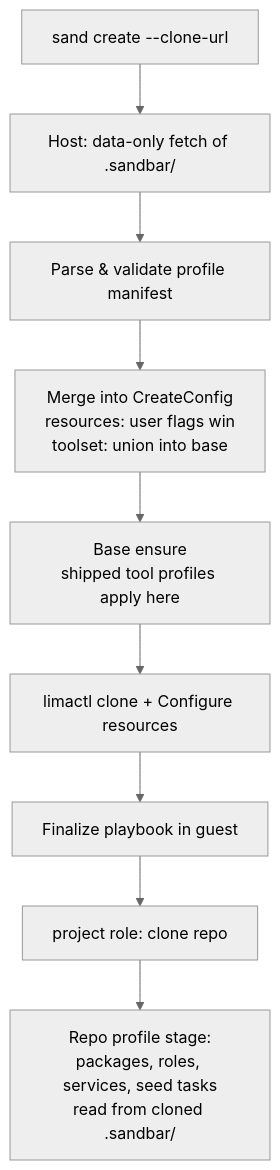
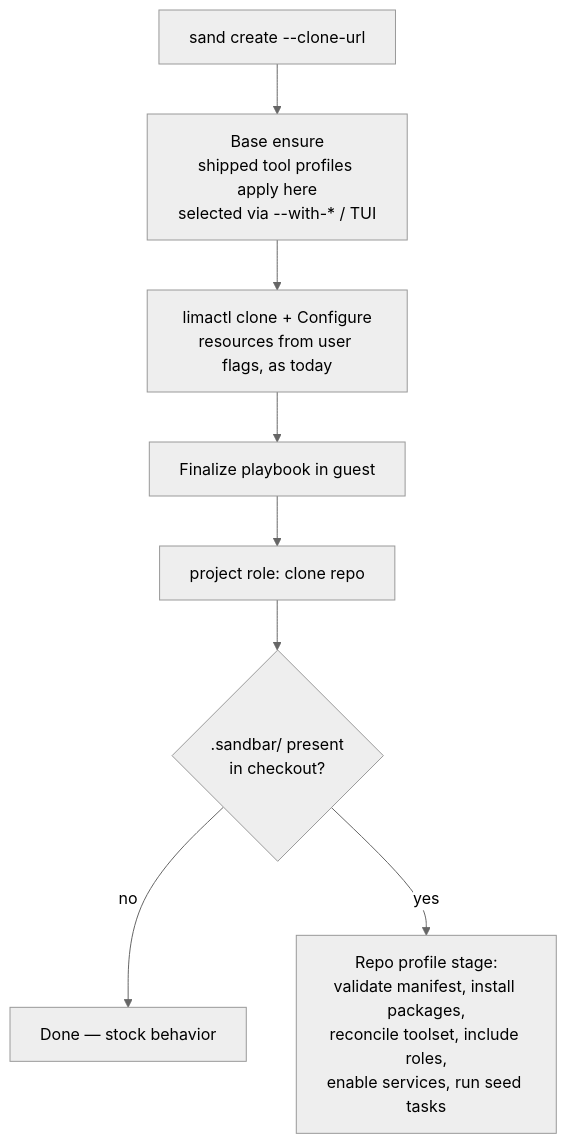
One commit to Lullabot/sandbar changed the diagram in .ai/strikethroo/plans/17--repo-checked-in-provisioning-profiles/plan-17--repo-checked-in-provisioning-profiles.md. Above: the diagram before and after it, drawn with Mermaid (neutral theme). The commit also changed other lines of this file, not shown here.

First line of the commit message:
docs(strikethroo): refine plan 17 — drop resources & host-side fetch, guest-only profiles

````diff
--- a/.ai/strikethroo/plans/17--repo-checked-in-provisioning-profiles/plan-17--repo-checked-in-provisioning-profiles.md
+++ b/.ai/strikethroo/plans/17--repo-checked-in-provisioning-profiles/plan-17--repo-checked-in-provisioning-profiles.md
@@ -60,11 +62,10 @@
 ```mermaid
 flowchart TD
-    A[sand create --clone-url] --> B[Host: data-only fetch of .sandbar/]
-    B --> C[Parse & validate profile manifest]
-    C --> D[Merge into CreateConfig<br/>resources: user flags win<br/>toolset: union into base]
-    D --> E[Base ensure<br/>shipped tool profiles apply here]
-    E --> F[limactl clone + Configure resources]
-    F --> G[Finalize playbook in guest]
-    G --> H[project role: clone repo]
-    H --> I[Repo profile stage:<br/>packages, roles, services, seed tasks<br/>read from cloned .sandbar/]
+    A[sand create --clone-url] --> B[Base ensure<br/>shipped tool profiles apply here<br/>selected via --with-* / TUI]
+    B --> C[limactl clone + Configure<br/>resources from user flags, as today]
+    C --> D[Finalize playbook in guest]
+    D --> E[project role: clone repo]
+    E --> F{.sandbar/ present<br/>in checkout?}
+    F -- no --> G[Done — stock behavior]
+    F -- yes --> H[Repo profile stage:<br/>validate manifest, install packages,<br/>reconcile toolset, include roles,<br/>enable services, run seed tasks]
 ```
````
